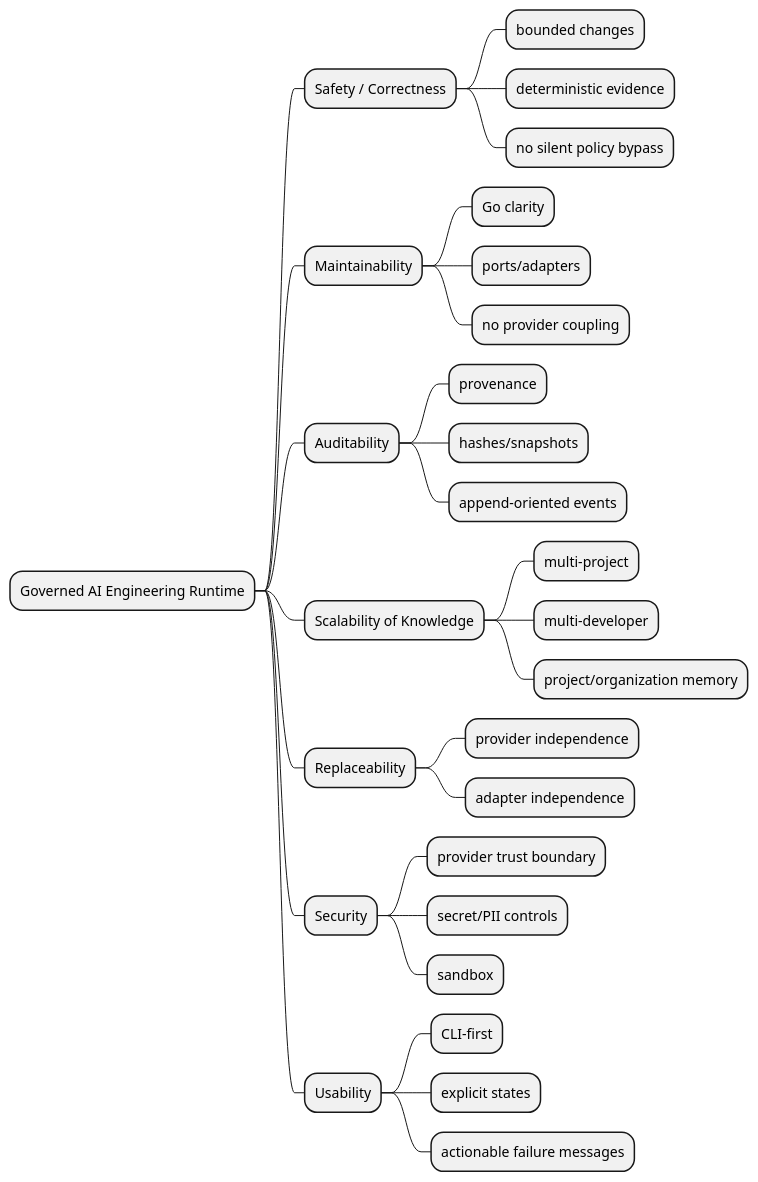
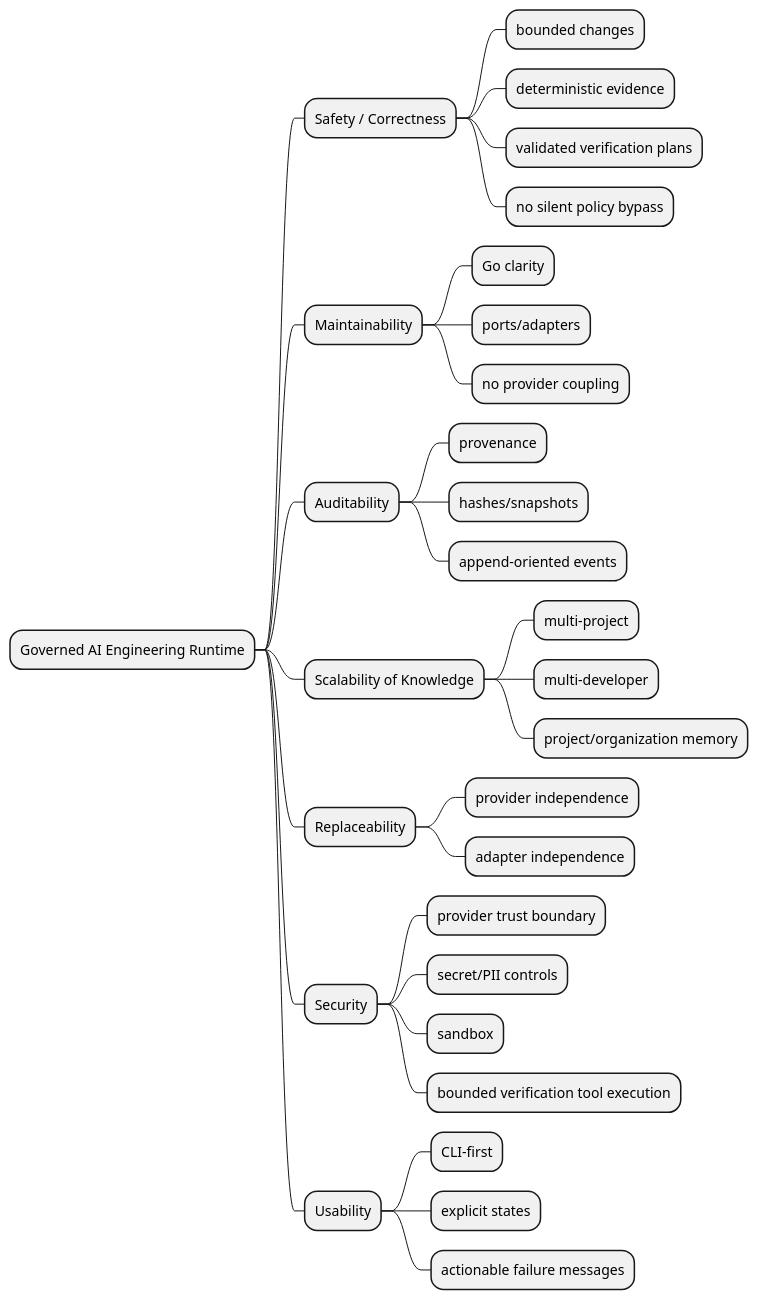
One commit to Eu-Pedro0ficial/praetor changed the diagram in docs/architecture/src/docs/arc42/chapters/10-quality-requirements.adoc. Above: the diagram before and after it, drawn with PlantUML. The commit also changed other lines of this file and 21 other files, not shown here.

Commit message:
docs(architecture): refine M0.6 verification and add M1.8 quality gates

```diff
--- a/docs/architecture/src/docs/arc42/chapters/10-quality-requirements.adoc
+++ b/docs/architecture/src/docs/arc42/chapters/10-quality-requirements.adoc
@@ -5,33 +5,35 @@
 [plantuml, "{plantUMLDir}quality-tree", png]
 ----
 @startmindmap
 * Governed AI Engineering Runtime
 ** Safety / Correctness
 *** bounded changes
 *** deterministic evidence
+*** validated verification plans
 *** no silent policy bypass
 ** Maintainability
 *** Go clarity
 *** ports/adapters
 *** no provider coupling
 ** Auditability
 *** provenance
 *** hashes/snapshots
 *** append-oriented events
 ** Scalability of Knowledge
 *** multi-project
 *** multi-developer
 *** project/organization memory
 ** Replaceability
 *** provider independence
 *** adapter independence
 ** Security
 *** provider trust boundary
 *** secret/PII controls
 *** sandbox
+*** bounded verification tool execution
 ** Usability
 *** CLI-first
 *** explicit states
 *** actionable failure messages
 @endmindmap
 ----
```
